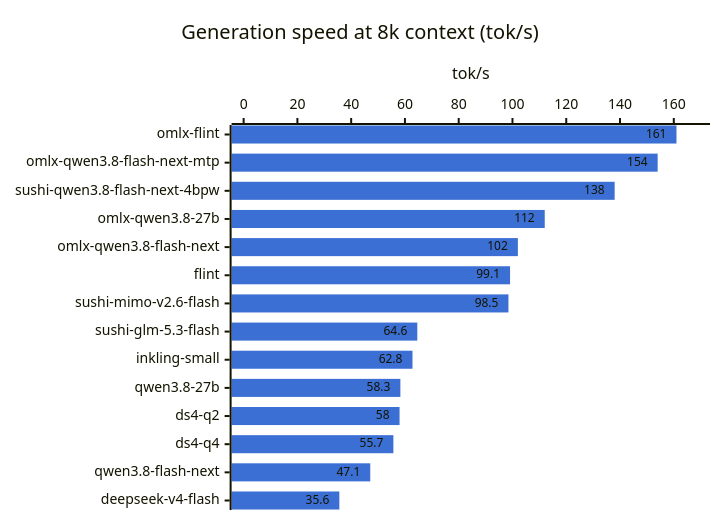
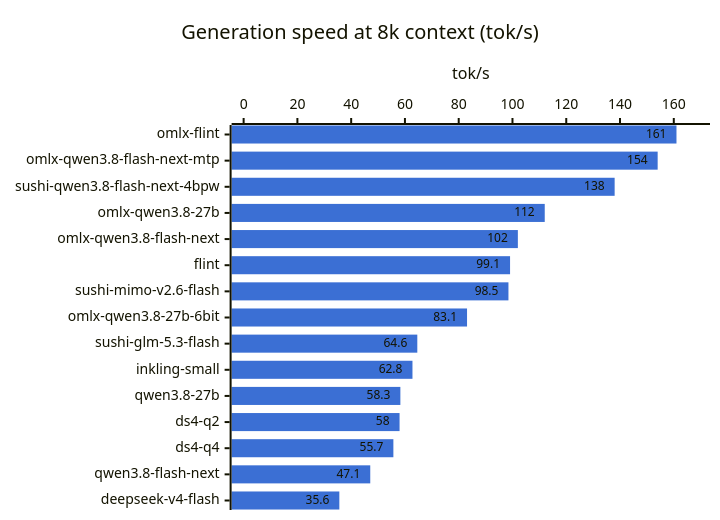
One commit to hofftodd/ai-bench changed the second of 2 diagrams in RESULTS-mac.md. Above: the diagram before and after it, drawn with Mermaid. The commit also changed other lines of this file and 4 other files, not shown here.

````diff
--- a/RESULTS-mac.md
+++ b/RESULTS-mac.md
@@ -45,8 +46,8 @@
 ```mermaid
 %%{init: {"xyChart": {"showDataLabel": true}, "themeVariables": {"xyChart": {"plotColorPalette": "#3b6fd4"}}}}%%
 xychart-beta horizontal
     title "Generation speed at 8k context (tok/s)"
-    x-axis ["omlx-flint", "omlx-qwen3.8-flash-next-mtp", "sushi-qwen3.8-flash-next-4bpw", "omlx-qwen3.8-27b", "omlx-qwen3.8-flash-next", "flint", "sushi-mimo-v2.6-flash", "sushi-glm-5.3-flash", "inkling-small", "qwen3.8-27b", "ds4-q2", "ds4-q4", "qwen3.8-flash-next", "deepseek-v4-flash"]
+    x-axis ["omlx-flint", "omlx-qwen3.8-flash-next-mtp", "sushi-qwen3.8-flash-next-4bpw", "omlx-qwen3.8-27b", "omlx-qwen3.8-flash-next", "flint", "sushi-mimo-v2.6-flash", "omlx-qwen3.8-27b-6bit", "sushi-glm-5.3-flash", "inkling-small", "qwen3.8-27b", "ds4-q2", "ds4-q4", "qwen3.8-flash-next", "deepseek-v4-flash"]
     y-axis "tok/s" 0 --> 169
-    bar [161.0, 154.0, 138.0, 112.0, 102.0, 99.1, 98.5, 64.6, 62.8, 58.3, 58.0, 55.7, 47.1, 35.6]
+    bar [161.0, 154.0, 138.0, 112.0, 102.0, 99.1, 98.5, 83.1, 64.6, 62.8, 58.3, 58.0, 55.7, 47.1, 35.6]
 ```
````
